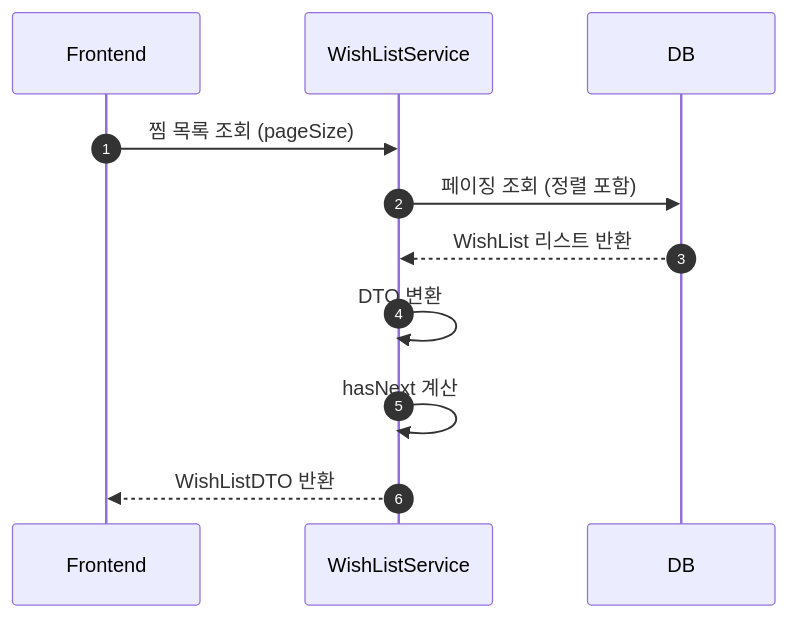
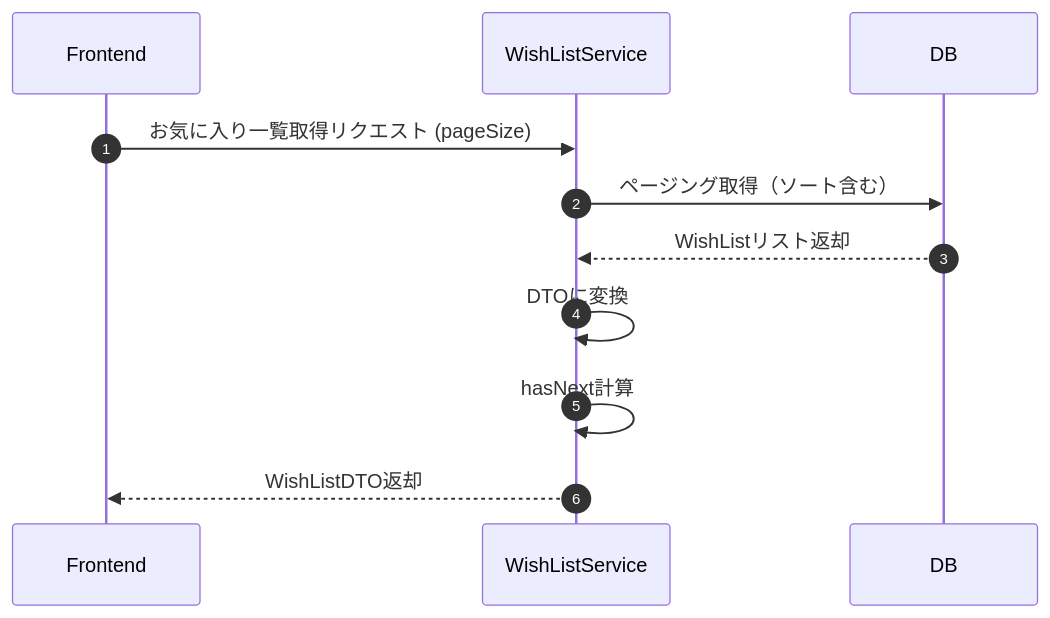
Before and after one commit to You-HyunHo/Final-Project: the eighth of 10 diagrams in README_img/SEQUENCE.md, drawn with Mermaid. The commit also changed other lines of this file, not shown here.

````diff
--- a/README_img/SEQUENCE.md
+++ b/README_img/SEQUENCE.md
@@ -179,18 +182,18 @@
 ```mermaid
 sequenceDiagram
-autonumber
-participant FE as Frontend
-participant BE as WishListService
-participant DB
+    autonumber
+    participant FE as Frontend
+    participant BE as WishListService
+    participant DB
 
-    FE->>BE: 찜 목록 조회 (pageSize)
+    FE->>BE: お気に入り一覧取得リクエスト (pageSize)
 
-    BE->>DB: 페이징 조회 (정렬 포함)
-    DB-->>BE: WishList 리스트 반환
+    BE->>DB: ページング取得（ソート含む）
+    DB-->>BE: WishListリスト返却
 
-    BE->>BE: DTO 변환
+    BE->>BE: DTOに変換
 
-    BE->>BE: hasNext 계산
+    BE->>BE: hasNext計算
 
-    BE-->>FE: WishListDTO 반환
+    BE-->>FE: WishListDTO返却
 ```
````
